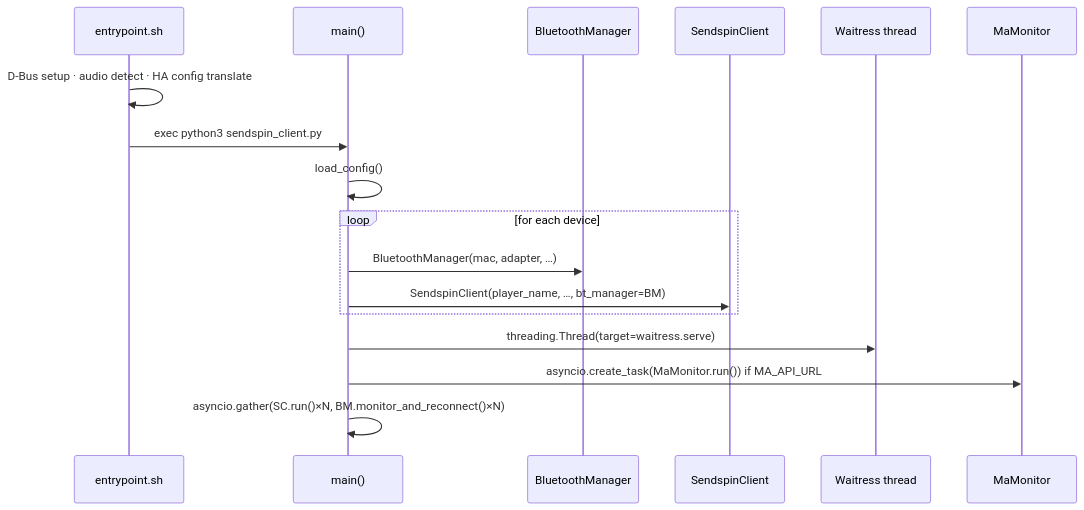
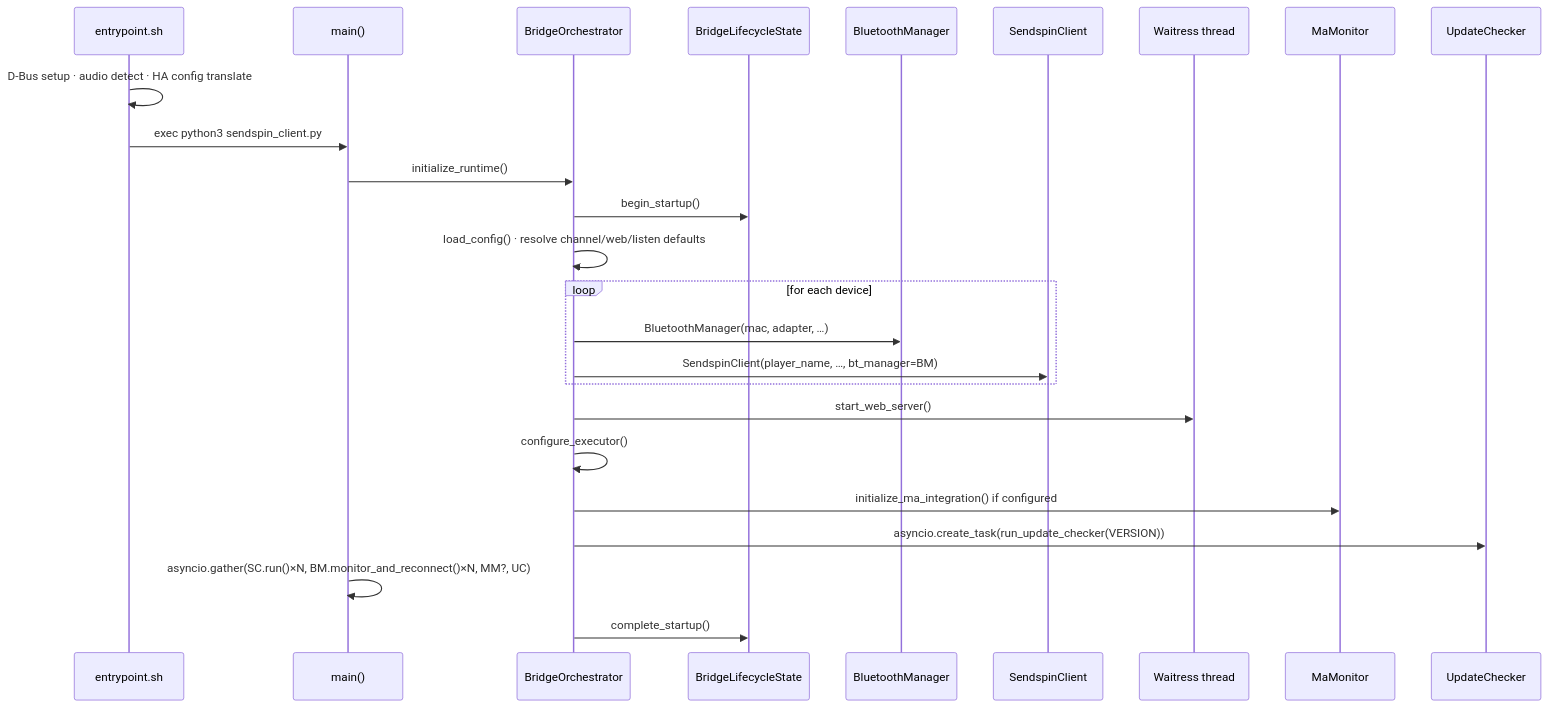
One commit to trudenboy/sendspin-bt-bridge changed the second of 25 diagrams in docs-site/src/content/docs/architecture.md. Above: the diagram before and after it, drawn with Mermaid. The commit also changed other lines of this file and 49 other files, not shown here.

````diff
--- a/docs-site/src/content/docs/architecture.md
+++ b/docs-site/src/content/docs/architecture.md
@@ -118,20 +120,28 @@
 ```mermaid
 sequenceDiagram
     participant SH as entrypoint.sh
     participant MP as main()
+    participant BO as BridgeOrchestrator
+    participant LS as BridgeLifecycleState
     participant BM as BluetoothManager
     participant SC as SendspinClient
     participant WS as Waitress thread
     participant MM as MaMonitor
+    participant UC as UpdateChecker
 
     SH->>SH: D-Bus setup · audio detect · HA config translate
     SH->>MP: exec python3 sendspin_client.py
-    MP->>MP: load_config()
+    MP->>BO: initialize_runtime()
+    BO->>LS: begin_startup()
+    BO->>BO: load_config() · resolve channel/web/listen defaults
     loop for each device
-        MP->>BM: BluetoothManager(mac, adapter, …)
-        MP->>SC: SendspinClient(player_name, …, bt_manager=BM)
+        BO->>BM: BluetoothManager(mac, adapter, …)
+        BO->>SC: SendspinClient(player_name, …, bt_manager=BM)
     end
-    MP->>WS: threading.Thread(target=waitress.serve)
-    MP->>MM: asyncio.create_task(MaMonitor.run()) if MA_API_URL
-    MP->>MP: asyncio.gather(SC.run()×N, BM.monitor_and_reconnect()×N)
+    BO->>WS: start_web_server()
+    BO->>BO: configure_executor()
+    BO->>MM: initialize_ma_integration() if configured
+    BO->>UC: asyncio.create_task(run_update_checker(VERSION))
+    MP->>MP: asyncio.gather(SC.run()×N, BM.monitor_and_reconnect()×N, MM?, UC)
+    BO->>LS: complete_startup()
 ```
````
